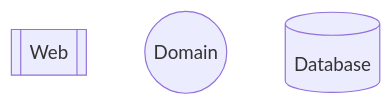
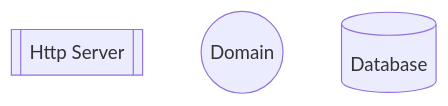
One commit to mouseless/baked changed the second of 4 diagrams in docs/architecture/README.md. Above: the diagram before and after it, drawn with Mermaid. The commit also changed other lines of this file and 6 other files, not shown here.

Commit message:
rename web layer as http server layer in docs

````diff
--- a/docs/architecture/README.md
+++ b/docs/architecture/README.md
@@ -44,6 +44,6 @@
 ```mermaid
 flowchart
-  W[[Web]]
+  HS[[Http Server]]
   D((Domain))
   DB[(Database)]
 ```
````
